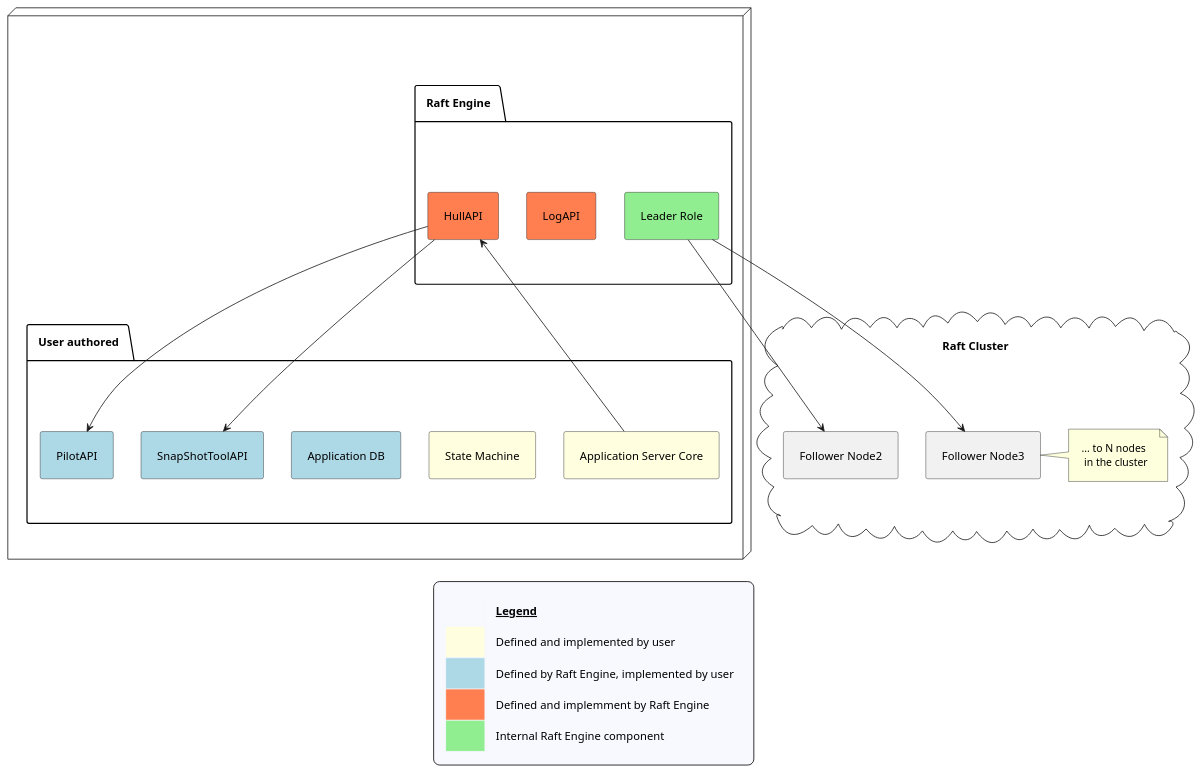
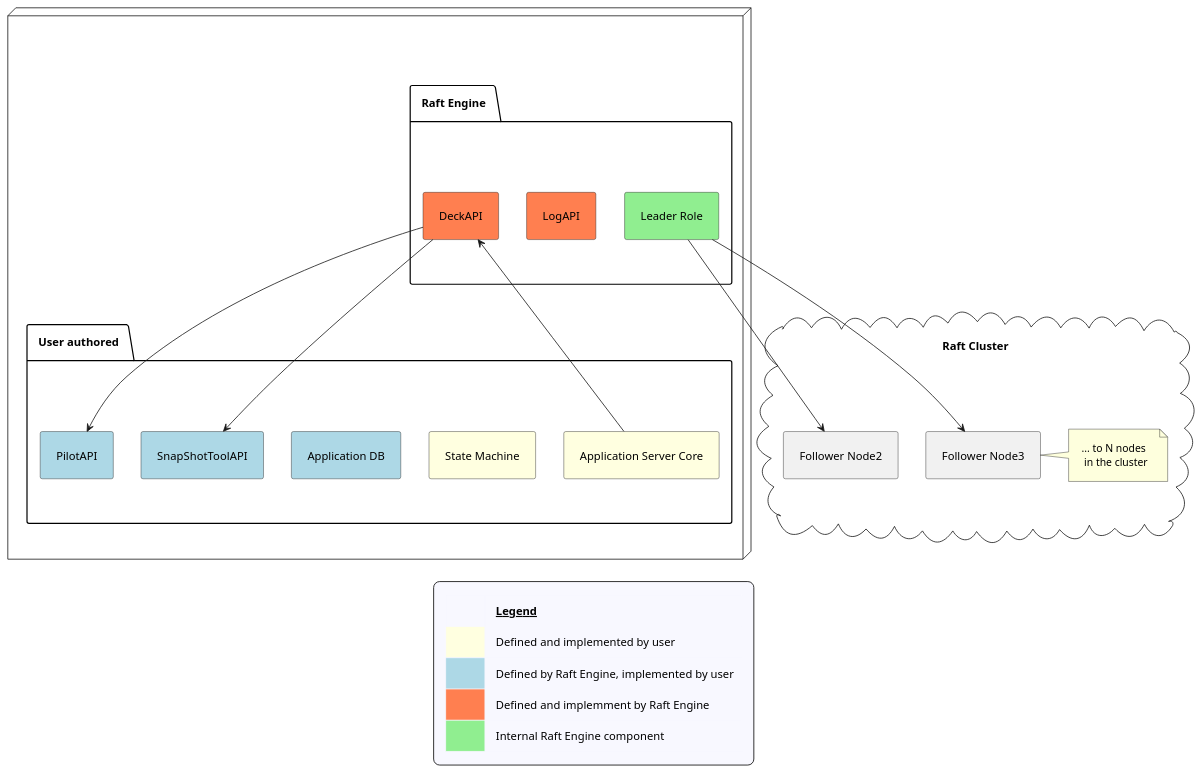
The diagram in docs/source/_static/diagrams/snapshot_component.puml (dlparker/raftengine), drawn with PlantUML before and after one commit. The commit also changed 43 other files, not shown here.

Commit message:
renamed HullAPI and all references to it to DeckAPI

```diff
--- a/docs/source/_static/diagrams/snapshot_component.puml
+++ b/docs/source/_static/diagrams/snapshot_component.puml
@@ -1,48 +1,48 @@
 @startuml
 !pragma ratio .5
 skinparam componentStyle rectangle
 skinparam padding 10
 skinparam monochrome false
 skinparam component {
   BackgroundColor<<Raft>> #99CCFF
   BackgroundColor<<User>> #CCFFCC
   FontSize 14
 }
 hide empty members
 cloud "Raft Cluster" {
   node [Follower Node2] as node2
   node [Follower Node3] as node3
   note right: ... to N nodes\n in the cluster
 }
 node {
     package "User authored" {
     	[Application Server Core] as app_core #Lightyellow
 	[State Machine] as app_sm #Lightyellow
     	[Application DB] as app_db #Lightblue
     	[SnapShotToolAPI] as snaptool #Lightblue
     	[PilotAPI] as pilot #Lightblue
     }
     package "Raft Engine" {
-        [HullAPI] as hull #Coral
+        [DeckAPI] as deck #Coral
     	[LogAPI] as log #Coral
 	[Leader Role] as role #Lightgreen
     }
 }
-app_core --> hull
-hull --> pilot
-hull --> snaptool
+app_core --> deck
+deck --> pilot
+deck --> snaptool
 role --> node2
 role --> node3
 skinparam legend {
   backgroundColor #GhostWhite
   entrySeparator #GhostWhite
 }
 
 legend 
   <#GhostWhite,#GhostWhite>|        |= __Legend__ |
   |<#Lightyellow>   | Defined and implemented by user|
   |<#Lightblue>  | Defined by Raft Engine, implemented by user|
   |<#Coral>  | Defined and implemment by Raft Engine|
   |<#Lightgreen> | Internal Raft Engine component|
 endlegend
 @enduml
```
